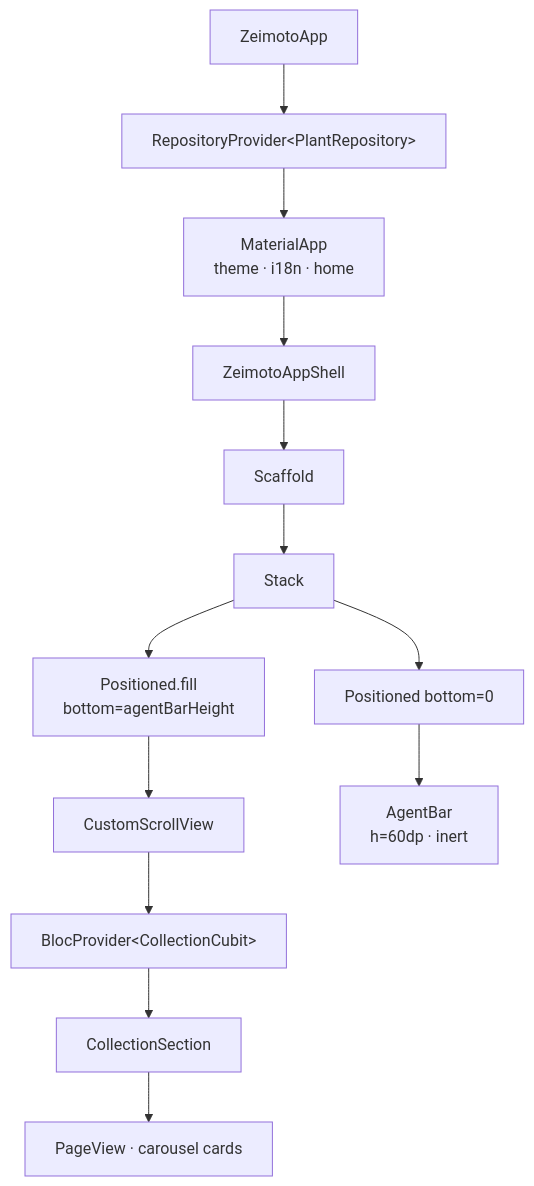
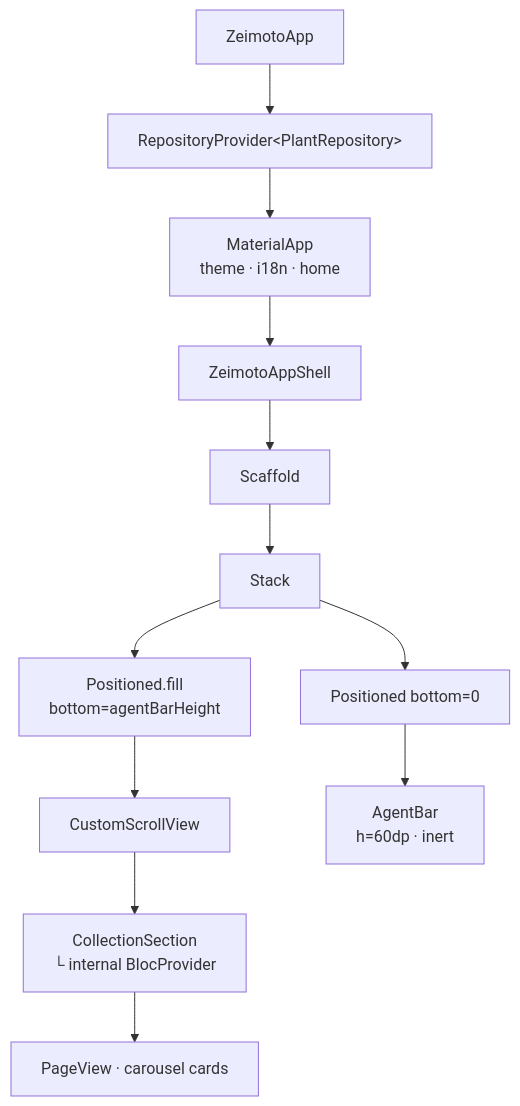
One commit to FedericoLaggiard/zeimoto changed the diagram in docs/app_shell/feature_en.md. Above: the diagram before and after it, drawn with Mermaid. The commit also changed other lines of this file and 7 other files, not shown here.

````diff
--- a/docs/app_shell/feature_en.md
+++ b/docs/app_shell/feature_en.md
@@ -9,15 +9,14 @@
 ```mermaid
 graph TD
     ZeimotoApp --> RP[RepositoryProvider&lt;PlantRepository&gt;]
     RP --> MA[MaterialApp\ntheme · i18n · home]
     MA --> ZAS[ZeimotoAppShell]
     ZAS --> Scaffold
     Scaffold --> Stack
     Stack --> PF[Positioned.fill\nbottom=agentBarHeight]
     Stack --> PB[Positioned bottom=0]
     PF --> CSV[CustomScrollView]
-    CSV --> BP[BlocProvider&lt;CollectionCubit&gt;]
-    BP --> CS[CollectionSection]
+    CSV --> CS[CollectionSection\n└ internal BlocProvider]
     CS --> PV[PageView · carousel cards]
     PB --> AB[AgentBar\nh=60dp · inert]
 ```
````
